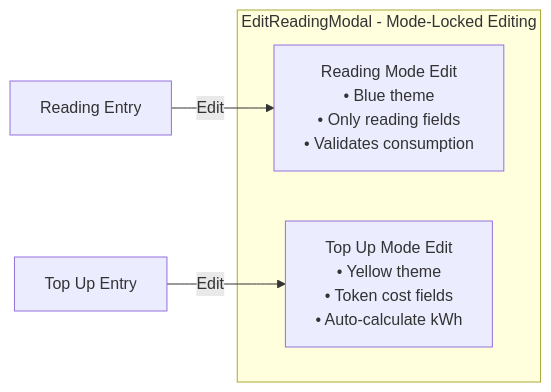
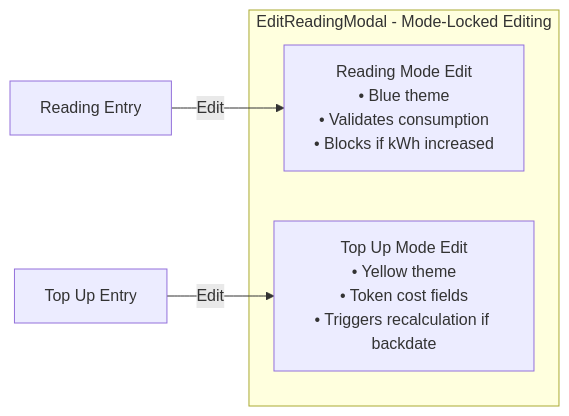
Before and after one commit to ilhaminudin24/electricity-monitoring: diagram 17 of 32 in CORE_PROCESSES.md, drawn with Mermaid. The commit also changed other lines of this file and 2 other files, not shown here.

Commit message:
feat: Introduce event sourcing for backdate recalculation, adding a new History page and an enhanced EditReadingModal.

````diff
--- a/CORE_PROCESSES.md
+++ b/CORE_PROCESSES.md
@@ -768,10 +826,10 @@
 ```mermaid
 flowchart LR
     subgraph EditModalModes["EditReadingModal - Mode-Locked Editing"]
-        ReadingEdit["Reading Mode Edit<br/>• Blue theme<br/>• Only reading fields<br/>• Validates consumption"]
-        TopUpEdit["Top Up Mode Edit<br/>• Yellow theme<br/>• Token cost fields<br/>• Auto-calculate kWh"]
+        ReadingEdit["Reading Mode Edit<br/>• Blue theme<br/>• Validates consumption<br/>• Blocks if kWh increased"]
+        TopUpEdit["Top Up Mode Edit<br/>• Yellow theme<br/>• Token cost fields<br/>• Triggers recalculation if backdate"]
     end
     
     ReadingEntry["Reading Entry"] -->|Edit| ReadingEdit
     TopUpEntry["Top Up Entry"] -->|Edit| TopUpEdit
 ```
````
